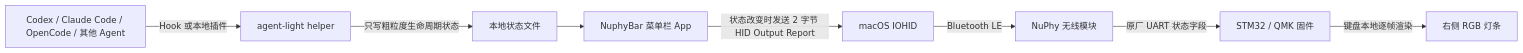
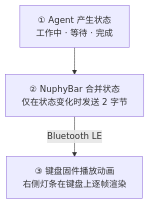
One commit to itsmaiGe/NuphyBar changed the diagram in README.md. Above: the diagram before and after it, drawn with Mermaid. The commit also changed other lines of this file and 1 other file, not shown here.

Commit message:
docs: simplify the architecture overview

````diff
--- a/README.md
+++ b/README.md
@@ -72,10 +74,8 @@
 ```mermaid
-flowchart LR
-    A["Codex / Claude Code / OpenCode / 其他 Agent"] -->|Hook 或本地插件| B["agent-light helper"]
-    B -->|只写粗粒度生命周期状态| C["本地状态文件"]
-    C --> D["NuphyBar 菜单栏 App"]
-    D -->|状态改变时发送 2 字节 HID Output Report| E["macOS IOHID"]
-    E -->|Bluetooth LE| F["NuPhy 无线模块"]
-    F -->|原厂 UART 状态字段| G["STM32 / QMK 固件"]
-    G -->|键盘本地逐帧渲染| H["右侧 RGB 灯条"]
+flowchart TB
+    A["① Agent 产生状态<br/>工作中 · 等待 · 完成"]
+    B["② NuphyBar 合并状态<br/>仅在状态变化时发送 2 字节"]
+    C["③ 键盘固件播放动画<br/>右侧灯条在键盘上逐帧渲染"]
+    A --> B
+    B -->|Bluetooth LE| C
 ```
````
